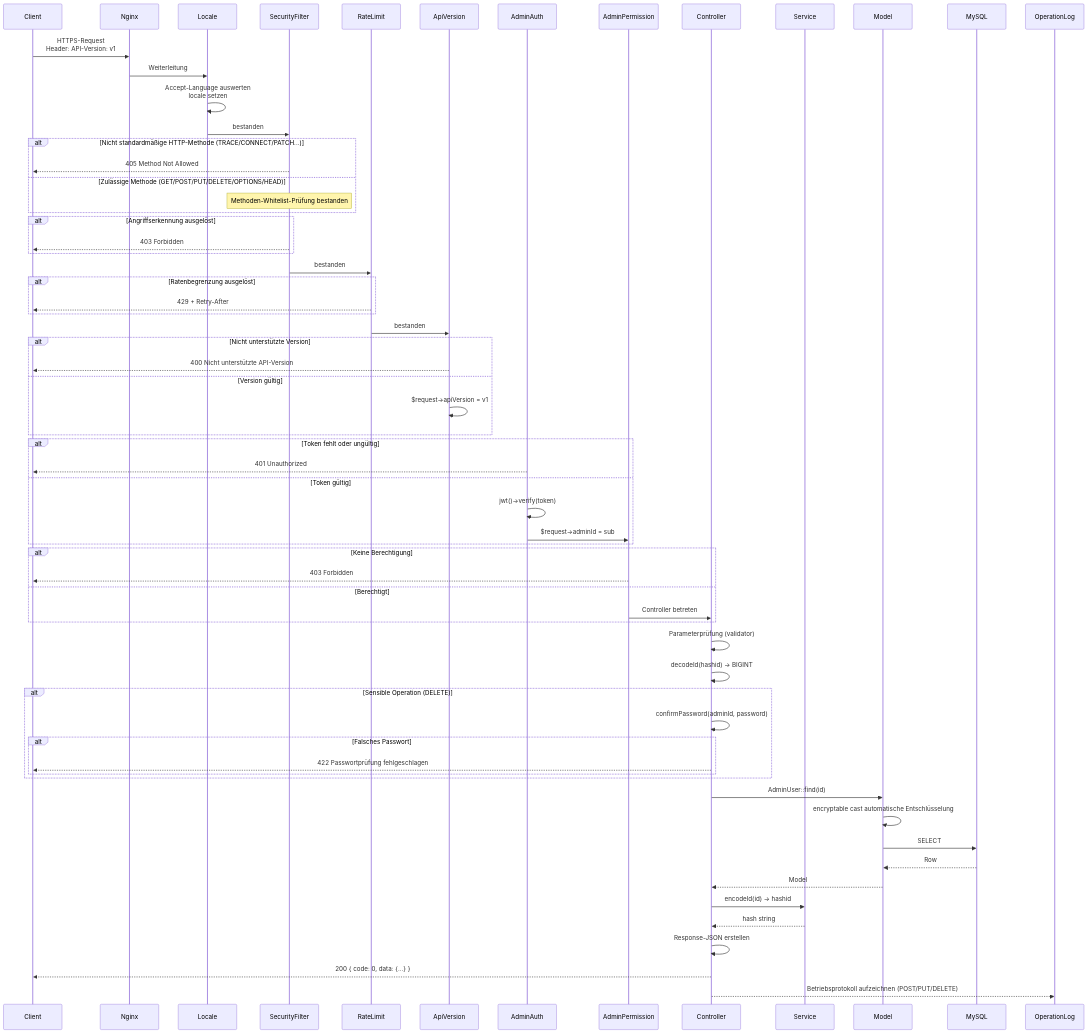
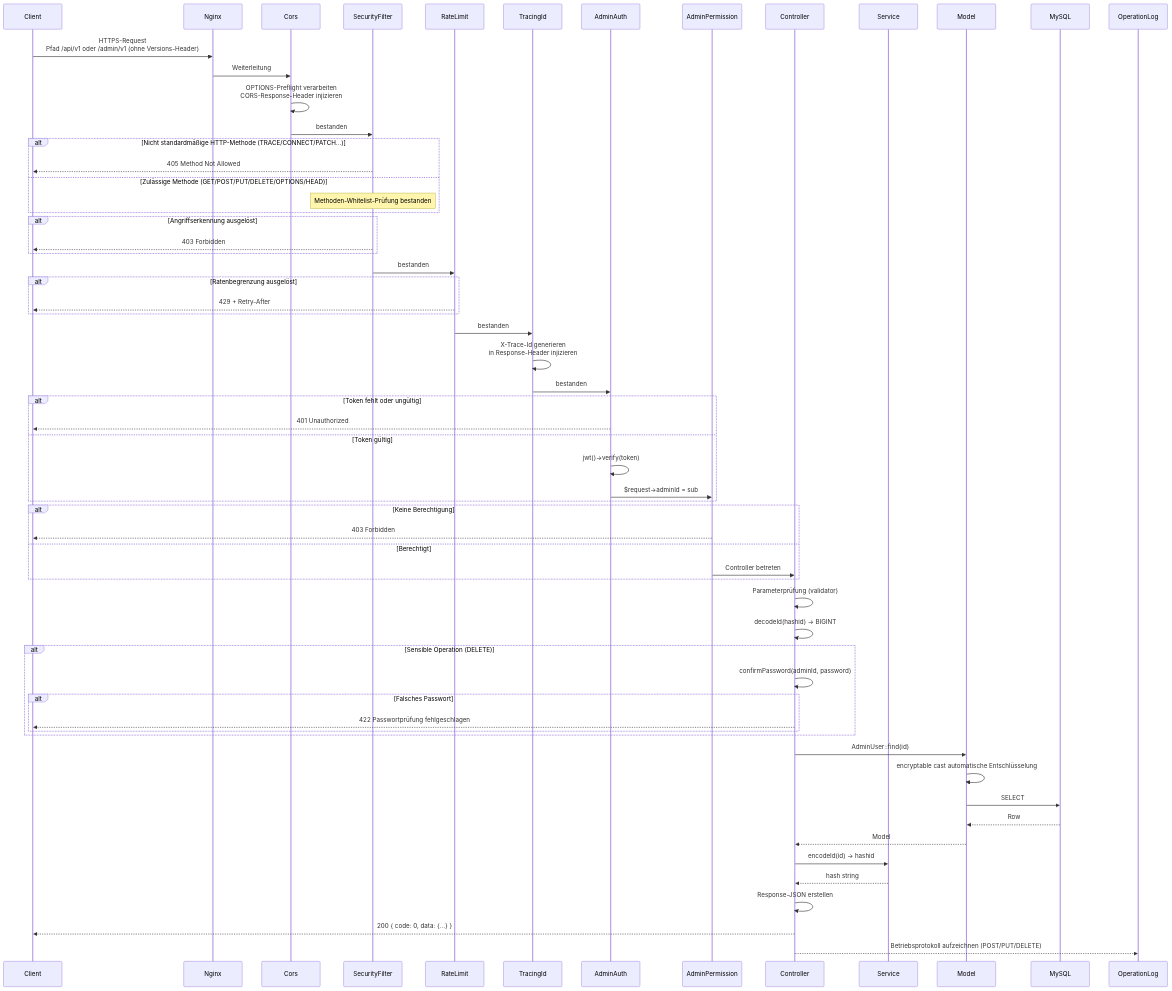
One commit to erikwang2013/erp-php changed the third of 20 diagrams in docs/i18n/de/ARCHITECTURE.md. Above: the diagram before and after it, drawn with Mermaid. The commit also changed other lines of this file and 325 other files, not shown here.

````diff
--- a/docs/i18n/de/ARCHITECTURE.md
+++ b/docs/i18n/de/ARCHITECTURE.md
@@ -157,81 +180,77 @@
 ```mermaid
 sequenceDiagram
     participant C as Client
     participant N as Nginx
-    participant MW_LOC as Locale
+    participant MW_CR as Cors
     participant MW_SF as SecurityFilter
     participant MW_RL as RateLimit
-    participant MW0 as ApiVersion
+    participant MW_TID as TracingId
     participant MW1 as AdminAuth
     participant MW2 as AdminPermission
     participant CTL as Controller
     participant SVC as Service
     participant MDL as Model
     participant DB as MySQL
     participant OPLOG as OperationLog
 
-    C->>N: HTTPS-Request<br/>Header: API-Version: v1
-    N->>MW_LOC: Weiterleitung
-    MW_LOC->>MW_LOC: Accept-Language auswerten<br/>locale setzen
-    MW_LOC->>MW_SF: bestanden
+    C->>N: HTTPS-Request<br/>Pfad /api/v1 oder /admin/v1 (ohne Versions-Header)
+    N->>MW_CR: Weiterleitung
+    MW_CR->>MW_CR: OPTIONS-Preflight verarbeiten<br/>CORS-Response-Header injizieren
+    MW_CR->>MW_SF: bestanden
 
     alt Nicht standardmäßige HTTP-Methode (TRACE/CONNECT/PATCH...)
         MW_SF-->>C: 405 Method Not Allowed
     else Zulässige Methode (GET/POST/PUT/DELETE/OPTIONS/HEAD)
         Note over MW_SF: Methoden-Whitelist-Prüfung bestanden
     end
 
     alt Angriffserkennung ausgelöst
         MW_SF-->>C: 403 Forbidden
     end
 
     MW_SF->>MW_RL: bestanden
 
     alt Ratenbegrenzung ausgelöst
         MW_RL-->>C: 429 + Retry-After
     end
 
-    MW_RL->>MW0: bestanden
-
-    alt Nicht unterstützte Version
-        MW0-->>C: 400 Nicht unterstützte API-Version
-    else Version gültig
-        MW0->>MW0: $request->apiVersion = v1
-    end
+    MW_RL->>MW_TID: bestanden
+    MW_TID->>MW_TID: X-Trace-Id generieren<br/>in Response-Header injizieren
+    MW_TID->>MW1: bestanden
 
     alt Token fehlt oder ungültig
         MW1-->>C: 401 Unauthorized
     else Token gültig
         MW1->>MW1: jwt()->verify(token)
         MW1->>MW2: $request->adminId = sub
     end
 
     alt Keine Berechtigung
         MW2-->>C: 403 Forbidden
     else Berechtigt
         MW2->>CTL: Controller betreten
     end
 
     CTL->>CTL: Parameterprüfung (validator)
     CTL->>CTL: decodeId(hashid) → BIGINT
 
     alt Sensible Operation (DELETE)
         CTL->>CTL: confirmPassword(adminId, password)
         alt Falsches Passwort
             CTL-->>C: 422 Passwortprüfung fehlgeschlagen
         end
     end
 
     CTL->>MDL: AdminUser::find(id)
     MDL->>MDL: encryptable cast automatische Entschlüsselung
     MDL->>DB: SELECT
     DB-->>MDL: Row
     MDL-->>CTL: Model
 
     CTL->>SVC: encodeId(id) → hashid
     SVC-->>CTL: hash string
 
     CTL->>CTL: Response-JSON erstellen
     CTL-->>C: 200 { code: 0, data: {...} }
     CTL-->>OPLOG: Betriebsprotokoll aufzeichnen (POST/PUT/DELETE)
 ```
````
